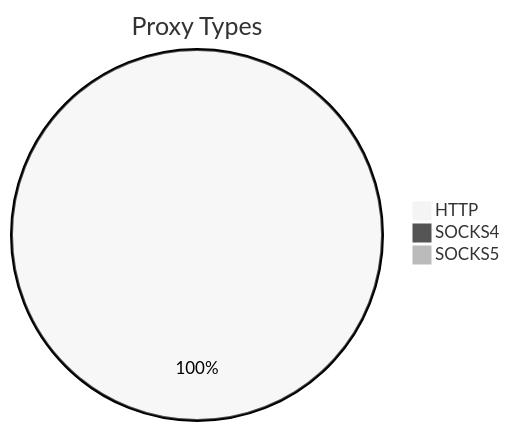
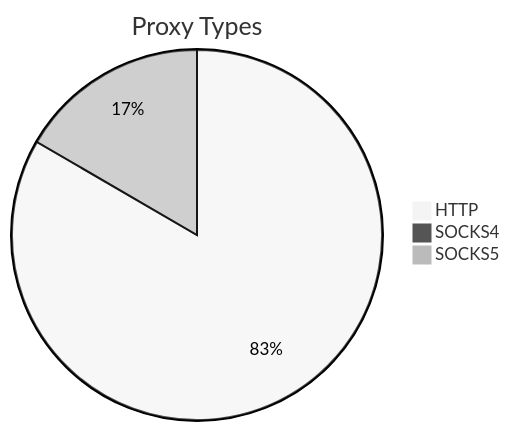
One commit to stormsia/proxy-list changed the first of 2 diagrams in README.md. Above: the diagram before and after it, drawn with Mermaid (neutral theme). The commit also changed other lines of this file, not shown here.

````diff
--- a/README.md
+++ b/README.md
@@ -21,6 +21,6 @@
 ```mermaid
 pie title Proxy Types
-    "HTTP" : 415
-    "SOCKS4" : 0
-    "SOCKS5" : 0
+    "HTTP" : 1144
+    "SOCKS4" : 4
+    "SOCKS5" : 228
 ```
````
